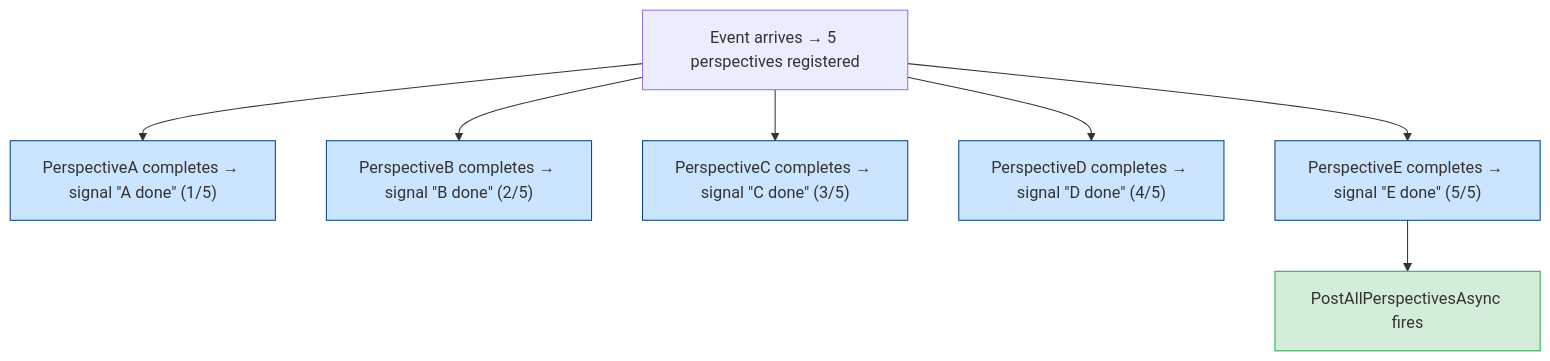
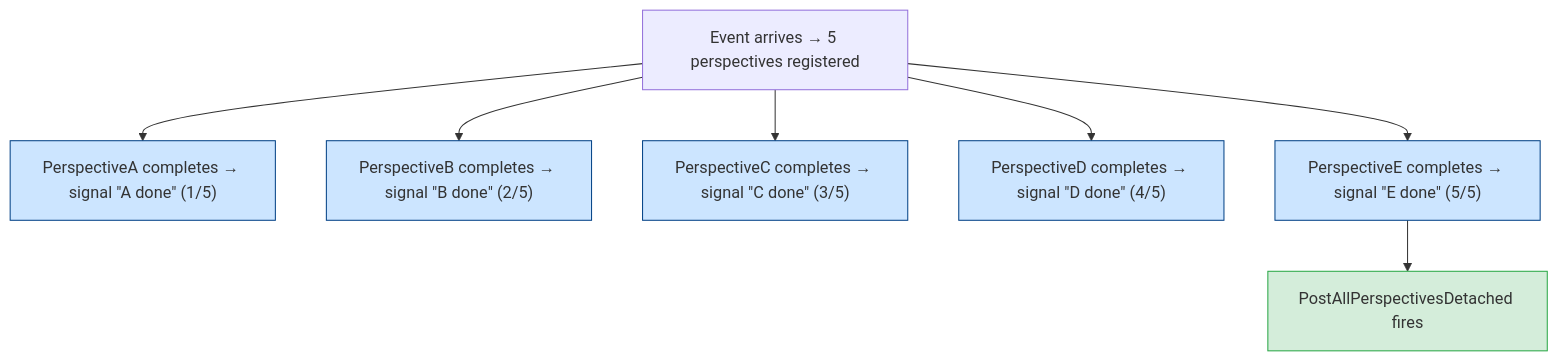
The second of 2 diagrams in src/assets/docs/v1.0.0/fundamentals/lifecycle/lifecycle-coordinator.md (whizbang-lib/whizbang-lib.github.io), drawn with Mermaid before and after one commit. The commit also changed other lines of this file and 107 other files, not shown here.

````diff
--- a/src/assets/docs/v1.0.0/fundamentals/lifecycle/lifecycle-coordinator.md
+++ b/src/assets/docs/v1.0.0/fundamentals/lifecycle/lifecycle-coordinator.md
@@ -143,24 +155,24 @@
 ```mermaid
 graph TB
     E["Event arrives → 5 perspectives registered"]
     PA["PerspectiveA completes → signal &quot;A done&quot; (1/5)"]
     PB["PerspectiveB completes → signal &quot;B done&quot; (2/5)"]
     PC["PerspectiveC completes → signal &quot;C done&quot; (3/5)"]
     PD["PerspectiveD completes → signal &quot;D done&quot; (4/5)"]
     PE["PerspectiveE completes → signal &quot;E done&quot; (5/5)"]
-    F["PostAllPerspectivesAsync fires"]
+    F["PostAllPerspectivesDetached fires"]
 
     E --> PA
     E --> PB
     E --> PC
     E --> PD
     E --> PE
     PE --> F
 
     style PA fill:#cce5ff,stroke:#004085
     style PB fill:#cce5ff,stroke:#004085
     style PC fill:#cce5ff,stroke:#004085
     style PD fill:#cce5ff,stroke:#004085
     style PE fill:#cce5ff,stroke:#004085
     style F fill:#d4edda,stroke:#28a745
 ```
````
